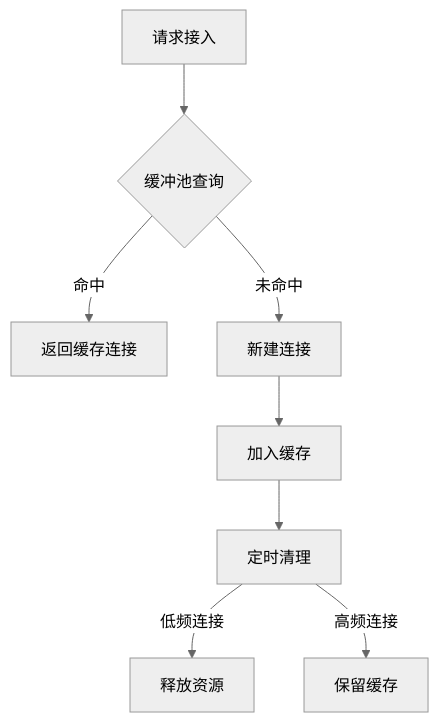
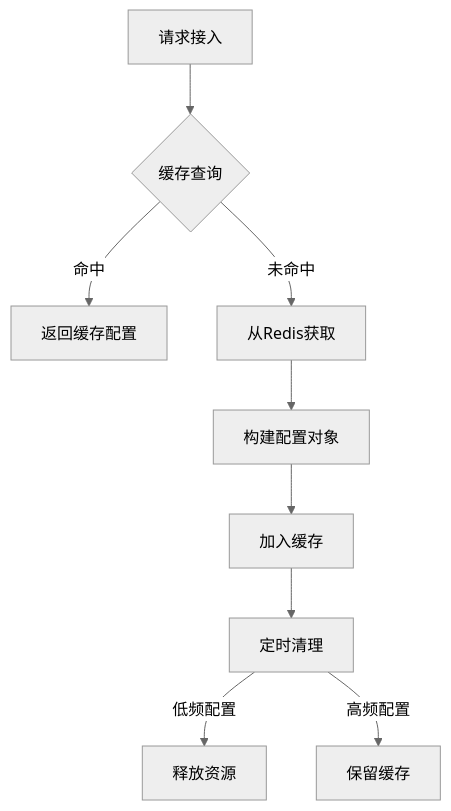
The diagram in docs/项目文档/核心服务/7. 自定义接口缓存池.md (1973034392/api-gateway-codelong), drawn with Mermaid (neutral theme) before and after one commit. The commit also changed other lines of this file and 4 other files, not shown here.

````diff
--- a/docs/项目文档/核心服务/7. 自定义接口缓存池.md
+++ b/docs/项目文档/核心服务/7. 自定义接口缓存池.md
@@ -33,10 +33,11 @@
 ```mermaid
 graph TD
-    A[请求接入] --> B{缓冲池查询}
-    B --> |命中| C[返回缓存连接]
-    B --> |未命中| D[新建连接]
-    D --> E[加入缓存]
-    E --> F[定时清理]
-    F --> |低频连接| G[释放资源]
-    F --> |高频连接| H[保留缓存]
+    A[请求接入] --> B{缓存查询}
+    B --> |命中| C[返回缓存配置]
+    B --> |未命中| D[从Redis获取]
+    D --> E[构建配置对象]
+    E --> F[加入缓存]
+    F --> G[定时清理]
+    G --> |低频配置| H[释放资源]
+    G --> |高频配置| I[保留缓存]
 ```
````
